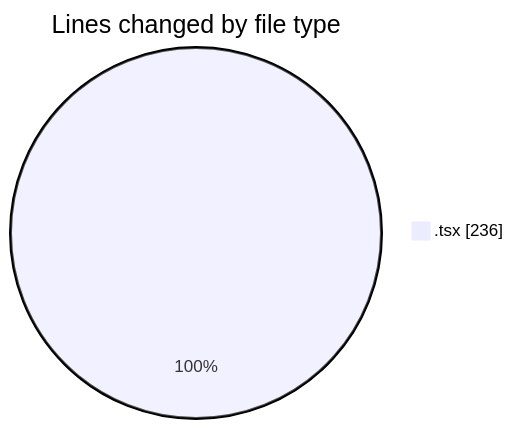
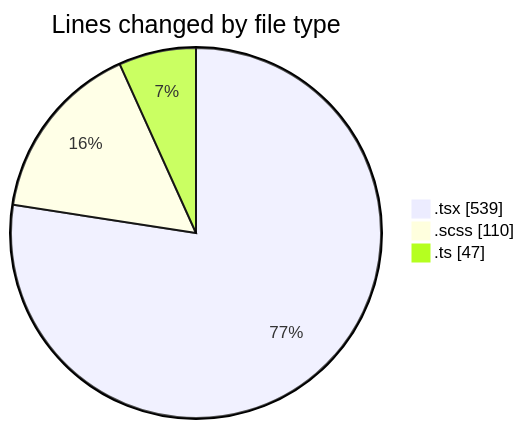
Before and after one commit to momahboobian/code-tracking: the first of 2 diagrams in 2026-11-06/cda/README.md, drawn with Mermaid. The commit also changed other lines of this file and 1 other file, not shown here.

````diff
--- a/2026-11-06/cda/README.md
+++ b/2026-11-06/cda/README.md
@@ -21,5 +27,7 @@
 ```mermaid
 pie showData
 title Lines changed by file type
-".tsx" : 236
+".tsx" : 539
+".scss" : 110
+".ts" : 47
 ```
````
